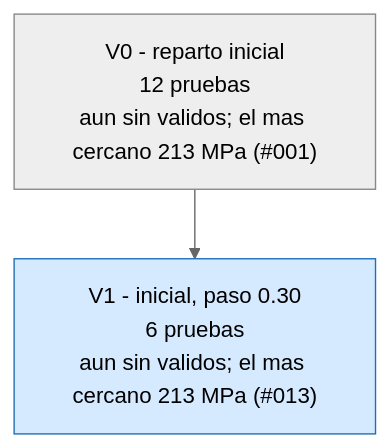
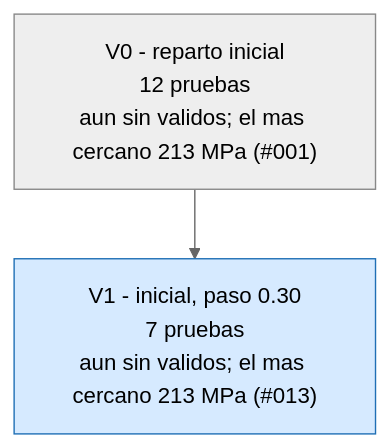
The first of 3 diagrams in runs/opt_37800N/ARBOL.md (Hugiko/msd-soporte-optimizacion), drawn with Mermaid (neutral theme) before and after one commit. The commit also changed 14 other files, not shown here.

````diff
--- a/runs/opt_37800N/ARBOL.md
+++ b/runs/opt_37800N/ARBOL.md
@@ -9,9 +9,9 @@
 ```mermaid
 graph TD
 classDef activa fill:#d6eaff,stroke:#1f6fb5,color:#000
 classDef fin fill:#eeeeee,stroke:#888,color:#000
 classDef mejor fill:#c8f0c0,stroke:#1a9850,stroke-width:4px,color:#000
 V0["V0 - reparto inicial<br/>12 pruebas<br/>aun sin validos; el mas cercano 213 MPa (#001)"]:::fin
-V1["V1 - inicial, paso 0.30<br/>6 pruebas<br/>aun sin validos; el mas cercano 213 MPa (#013)"]:::activa
+V1["V1 - inicial, paso 0.30<br/>7 pruebas<br/>aun sin validos; el mas cercano 213 MPa (#013)"]:::activa
 V0 --> V1
 ```
````
